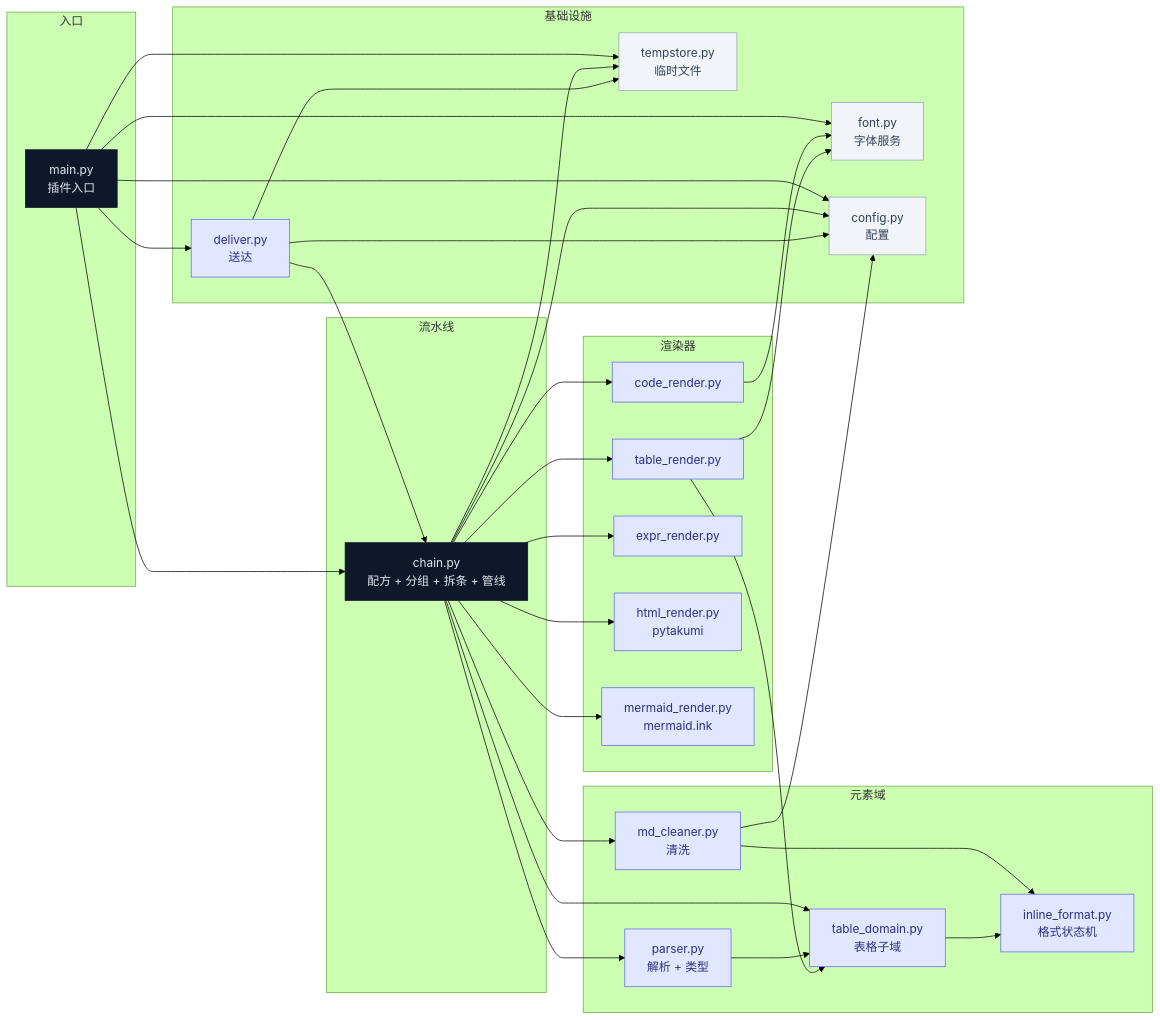
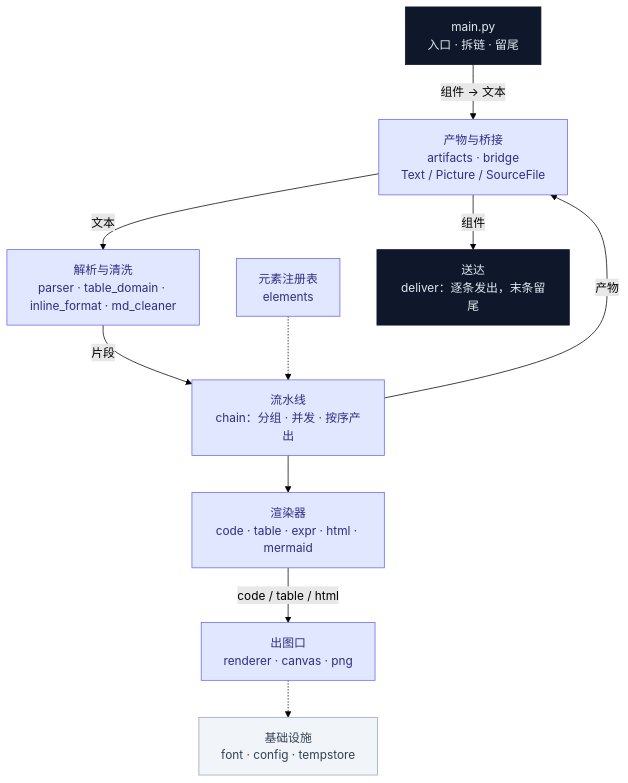
One commit to monster1389/astrbot_plugin_md_render changed the diagram in README.md. Above: the diagram before and after it, drawn with Mermaid (forest theme). The commit also changed other lines of this file and 1 other file, not shown here.

Commit message:
docs: 架构图改为职责层模块地图，README 可放一张模块地图
旧图逐文件、且把配方与拆条算在 chain 上，早已对不上。新图九个
职责层节点，实线标数据流（组件→文本→片段→产物→组件）、虚线标
依赖，产物与桥接画成入口出口两处。CLAUDE.md 分工表同步放宽 README
那一行。

````diff
--- a/README.md
+++ b/README.md
@@ -145,61 +147,30 @@
 ```mermaid
-flowchart LR
-  subgraph 入口
-    main["main.py<br/>插件入口"]
-  end
-  subgraph 流水线
-    chain["chain.py<br/>配方 + 分组 + 拆条 + 管线"]
-  end
-  subgraph 元素域
-    parser["parser.py<br/>解析 + 类型"]
-    tdom["table_domain.py<br/>表格子域"]
-    ifmt["inline_format.py<br/>格式状态机"]
-    mdc["md_cleaner.py<br/>清洗"]
-  end
-  subgraph 渲染器
-    code_r["code_render.py"]
-    table_r["table_render.py"]
-    expr_r["expr_render.py"]
-    html_r["html_render.py<br/>pytakumi"]
-    mmd_r["mermaid_render.py<br/>mermaid.ink"]
-  end
-  subgraph 基础设施
-    font["font.py<br/>字体服务"]
-    cfg["config.py<br/>配置"]
-    ts["tempstore.py<br/>临时文件"]
-    deliv["deliver.py<br/>送达"]
-  end
+flowchart TB
+  main["main.py<br/>入口 · 拆链 · 留尾"]
 
-  main --> chain
-  main --> cfg
-  main --> deliv
-  main --> font
-  main --> ts
-  chain --> code_r
-  chain --> cfg
-  chain --> expr_r
-  chain --> html_r
-  chain --> mdc
-  chain --> mmd_r
-  chain --> parser
-  chain --> tdom
-  chain --> table_r
-  chain --> ts
-  code_r --> font
-  parser --> tdom
-  mdc --> ifmt
-  mdc --> cfg
-  deliv --> chain
-  deliv --> ts
-  deliv --> cfg
-  table_r --> tdom
-  table_r --> font
-  tdom --> ifmt
+  bridge["产物与桥接<br/>artifacts · bridge<br/>Text / Picture / SourceFile"]
+  parse["解析与清洗<br/>parser · table_domain · inline_format · md_cleaner"]
+  reg["元素注册表<br/>elements"]
+  chain["流水线<br/>chain：分组 · 并发 · 按序产出"]
+  rend["渲染器<br/>code · table · expr · html · mermaid"]
+  out["出图口<br/>renderer · canvas · png"]
+  deliver["送达<br/>deliver：逐条发出，末条留尾"]
+  infra["基础设施<br/>font · config · tempstore"]
+
+  main -->|"组件 → 文本"| bridge
+  bridge -->|文本| parse
+  parse -->|片段| chain
+  chain -->|产物| bridge
+  bridge -->|组件| deliver
+  chain --> rend
+  rend -->|"code / table / html"| out
+  reg -.-> chain
+  out -.-> infra
 
   classDef deep fill:#0f172a,color:#e2e8f0,stroke:#0f172a;
   classDef mid fill:#e0e7ff,stroke:#6366f1,color:#312e81;
   classDef leaf fill:#f1f5f9,stroke:#94a3b8,color:#334155;
-  class main,chain deep;
-  class parser,tdom,ifmt,mdc,code_r,table_r,expr_r,html_r,mmd_r,deliv mid;
-  class font,cfg,ts leaf;
+  class main,deliver deep;
+  class bridge,parse,reg,chain,rend,out mid;
+  class infra leaf;
 ```
````
